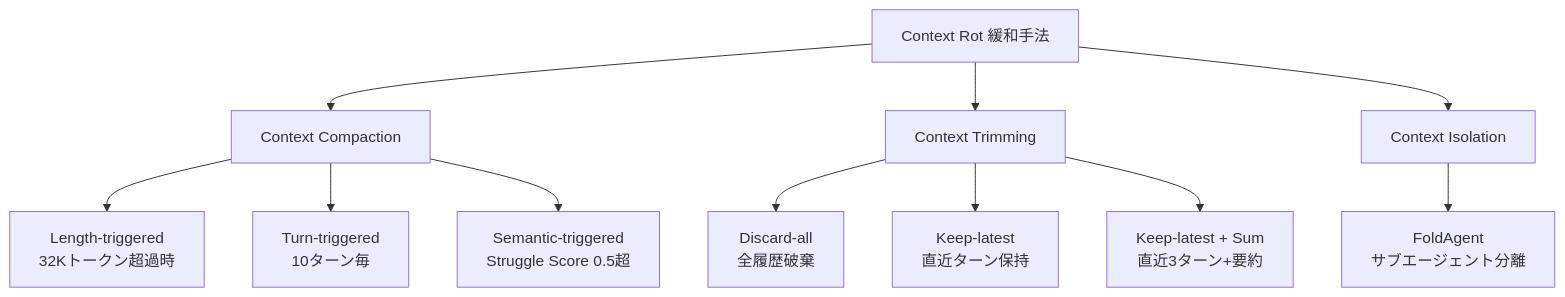
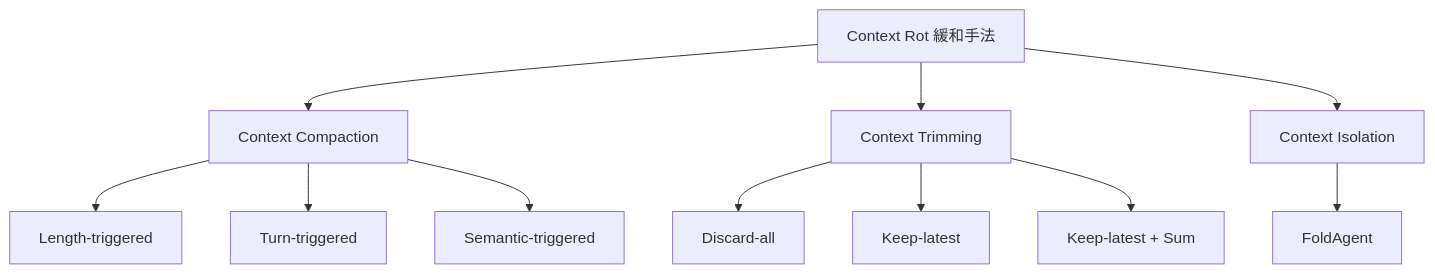
One commit to 0h-n0/0h-n0.github.io changed the diagram in _posts/blog/2026-08-24-paper-2606-29718.md. Above: the diagram before and after it, drawn with Mermaid. The commit also changed other lines of this file, not shown here.

````diff
--- a/_posts/blog/2026-08-24-paper-2606-29718.md
+++ b/_posts/blog/2026-08-24-paper-2606-29718.md
@@ -98,13 +88,13 @@
 ```mermaid
 graph TD
     CR[Context Rot 緩和手法] --> CC[Context Compaction]
     CR --> CT[Context Trimming]
     CR --> CI[Context Isolation]
-    CC --> CC1[Length-triggered<br/>32Kトークン超過時]
-    CC --> CC2[Turn-triggered<br/>10ターン毎]
-    CC --> CC3[Semantic-triggered<br/>Struggle Score 0.5超]
-    CT --> CT1[Discard-all<br/>全履歴破棄]
-    CT --> CT2[Keep-latest<br/>直近ターン保持]
-    CT --> CT3[Keep-latest + Sum<br/>直近3ターン+要約]
-    CI --> CI1[FoldAgent<br/>サブエージェント分離]
+    CC --> CC1[Length-triggered]
+    CC --> CC2[Turn-triggered]
+    CC --> CC3[Semantic-triggered]
+    CT --> CT1[Discard-all]
+    CT --> CT2[Keep-latest]
+    CT --> CT3[Keep-latest + Sum]
+    CI --> CI1[FoldAgent]
 ```
````
